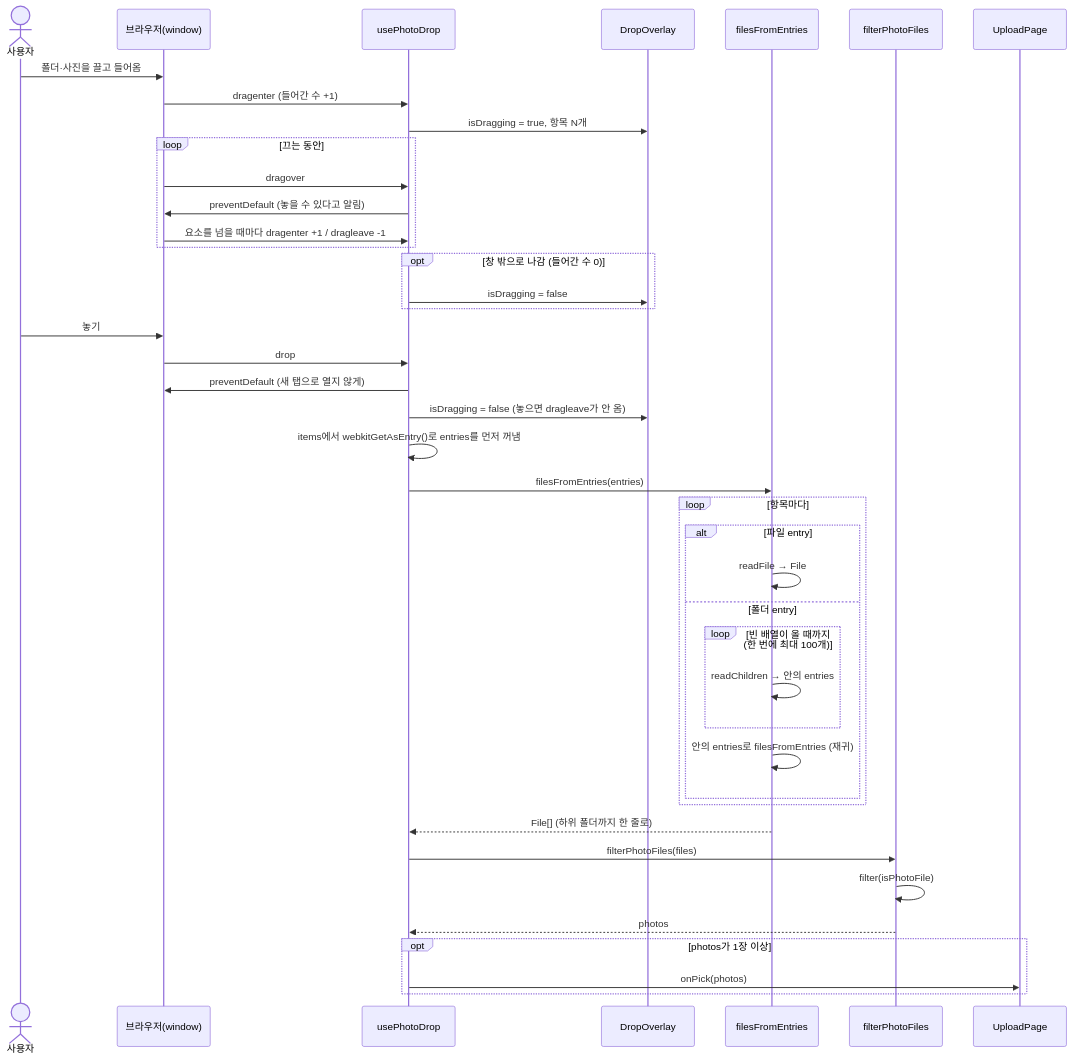
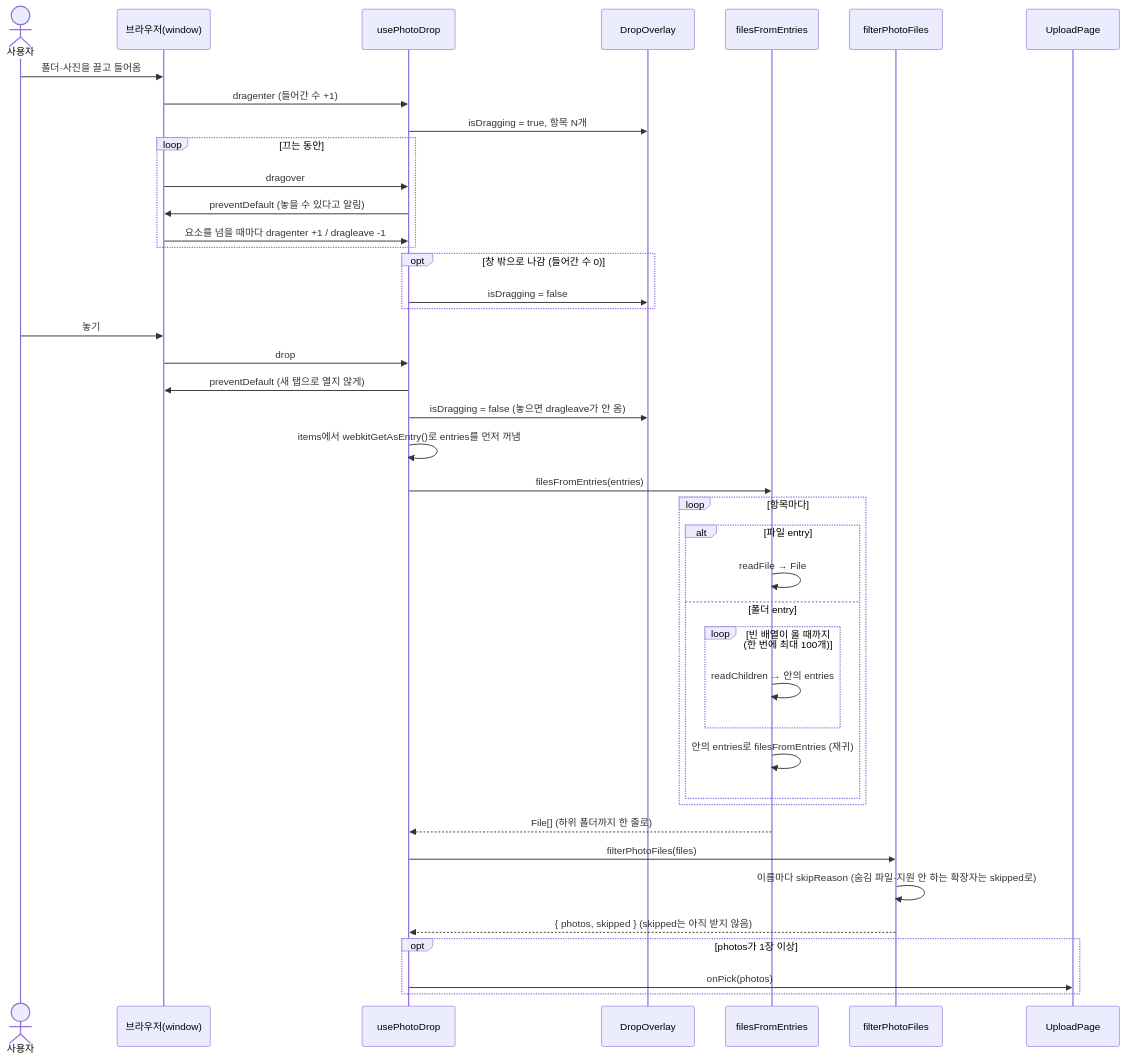
One commit to 2026-WebFW-1/danyeo-on changed the first of 3 diagrams in docs/upload/DROP_FLOW.md. Above: the diagram before and after it, drawn with Mermaid. The commit also changed other lines of this file and 9 other files, not shown here.

````diff
--- a/docs/upload/DROP_FLOW.md
+++ b/docs/upload/DROP_FLOW.md
@@ -7,48 +7,48 @@
 ```mermaid
 sequenceDiagram
     actor 사용자
     participant 브라우저 as 브라우저(window)
     participant 훅 as usePhotoDrop
     participant 덮개 as DropOverlay
     participant 펴기 as filesFromEntries
     participant 거르기 as filterPhotoFiles
     participant 페이지 as UploadPage
 
     사용자->>브라우저: 폴더·사진을 끌고 들어옴
     브라우저->>훅: dragenter (들어간 수 +1)
     훅->>덮개: isDragging = true, 항목 N개
     loop 끄는 동안
         브라우저->>훅: dragover
         훅->>브라우저: preventDefault (놓을 수 있다고 알림)
         브라우저->>훅: 요소를 넘을 때마다 dragenter +1 / dragleave -1
     end
     opt 창 밖으로 나감 (들어간 수 0)
         훅->>덮개: isDragging = false
     end
     사용자->>브라우저: 놓기
     브라우저->>훅: drop
     훅->>브라우저: preventDefault (새 탭으로 열지 않게)
     훅->>덮개: isDragging = false (놓으면 dragleave가 안 옴)
     훅->>훅: items에서 webkitGetAsEntry()로 entries를 먼저 꺼냄
 
     훅->>펴기: filesFromEntries(entries)
     loop 항목마다
         alt 파일 entry
             펴기->>펴기: readFile → File
         else 폴더 entry
             loop 빈 배열이 올 때까지 (한 번에 최대 100개)
                 펴기->>펴기: readChildren → 안의 entries
             end
             펴기->>펴기: 안의 entries로 filesFromEntries (재귀)
         end
     end
     펴기-->>훅: File[] (하위 폴더까지 한 줄로)
 
     훅->>거르기: filterPhotoFiles(files)
-    거르기->>거르기: filter(isPhotoFile)
-    거르기-->>훅: photos
+    거르기->>거르기: 이름마다 skipReason (숨김 파일·지원 안 하는 확장자는 skipped로)
+    거르기-->>훅: { photos, skipped } (skipped는 아직 받지 않음)
 
     opt photos가 1장 이상
         훅->>페이지: onPick(photos)
     end
 ```
````
